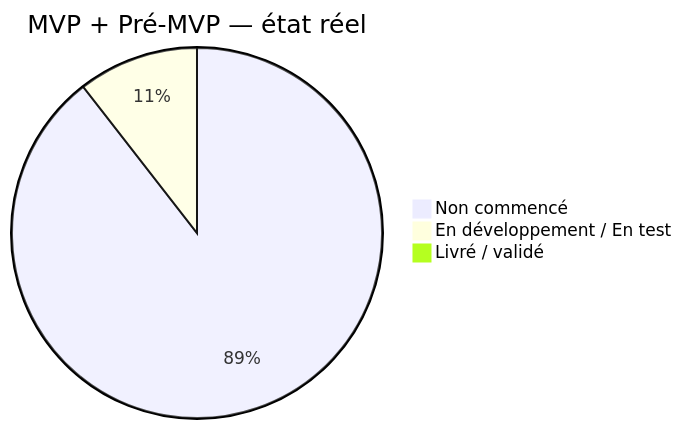
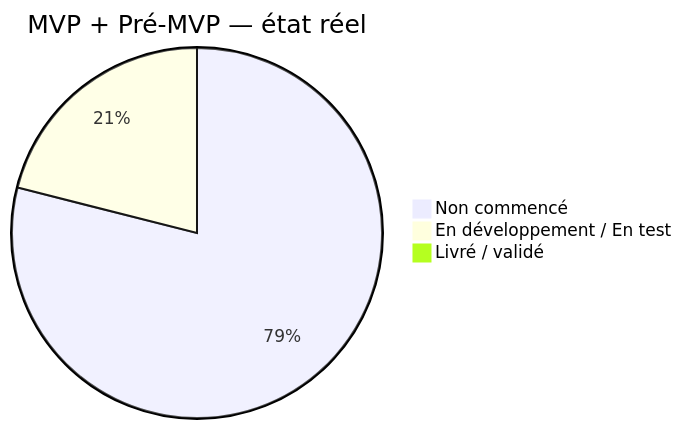
Before and after one commit to JavaChrist/Tai-Chi-AI-Coach: the first of 5 diagrams in docs/runtime/02_FEATURE_STATUS.md, drawn with Mermaid. The commit also changed other lines of this file and 17 other files, not shown here.

````diff
--- a/docs/runtime/02_FEATURE_STATUS.md
+++ b/docs/runtime/02_FEATURE_STATUS.md
@@ -113,6 +114,6 @@
 ```mermaid
 pie title MVP + Pré-MVP — état réel
-  "Non commencé" : 17
-  "En développement / En test" : 2
+  "Non commencé" : 15
+  "En développement / En test" : 4
   "Livré / validé" : 0
 ```
````
